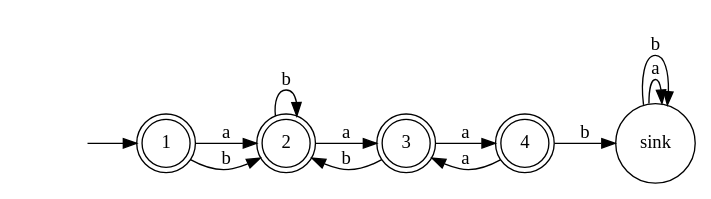
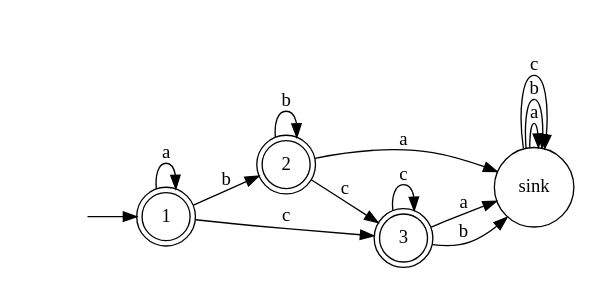
Before and after one commit to JackyThePro/ALE: the diagram in ALE2/ALE2/bin/Debug/GenerateAutomata.dot, drawn with Graphviz. The commit also changed 9 other files, not shown here.

```diff
--- a/ALE2/ALE2/bin/Debug/GenerateAutomata.dot
+++ b/ALE2/ALE2/bin/Debug/GenerateAutomata.dot
@@ -1,21 +1,22 @@
 digraph myAutomaton {
   rankdir=LR;
 "" [shape=none]
 "1" [shape=doublecircle]
 "2" [shape=doublecircle]
 "3" [shape=doublecircle]
-"4" [shape=doublecircle]
 "sink" [shape=circle]
 
 "" -> "1"
-"1" -> "2"[label="a"]
+"1" -> "1"[label="a"]
 "1" -> "2"[label="b"]
-"2" -> "3"[label="a"]
+"1" -> "3"[label="c"]
+"2" -> "sink"[label="a"]
 "2" -> "2"[label="b"]
-"3" -> "4"[label="a"]
-"3" -> "2"[label="b"]
-"4" -> "3"[label="a"]
-"4" -> "sink"[label="b"]
+"2" -> "3"[label="c"]
+"3" -> "sink"[label="a"]
+"3" -> "sink"[label="b"]
+"3" -> "3"[label="c"]
 "sink" -> "sink"[label="a"]
 "sink" -> "sink"[label="b"]
+"sink" -> "sink"[label="c"]
 }
```
